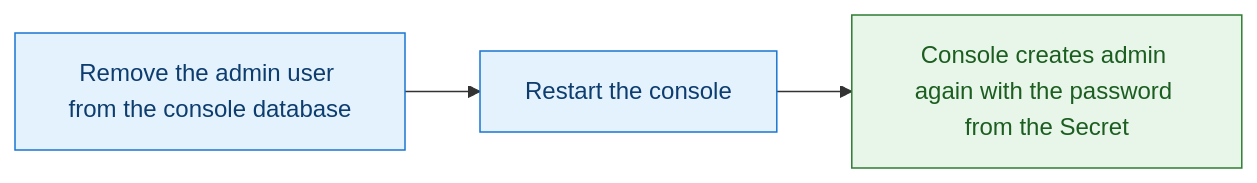
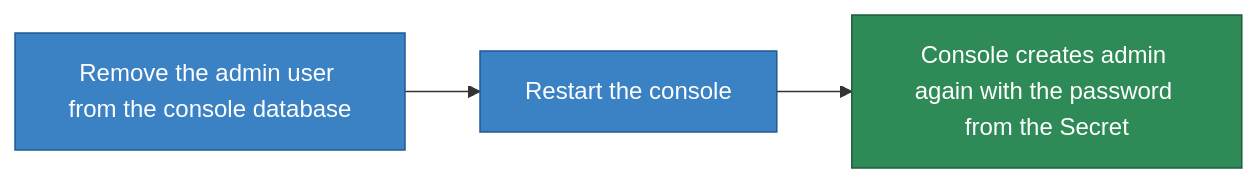
One commit to AdityaPanchall/keenpg-documentation changed the fourth of 12 diagrams in docs/console.md. Above: the diagram before and after it, drawn with Mermaid. The commit also changed other lines of this file and 1 other file, not shown here.

````diff
--- a/docs/console.md
+++ b/docs/console.md
@@ -287,10 +289,10 @@
     ```mermaid
     flowchart LR
         A["Remove the admin user from the console database"] --> B["Restart the console"]
         B --> C["Console creates admin again with the password from the Secret"]
 
-        classDef step fill:#e3f2fd,stroke:#1976d2,color:#0d3c6e
-        classDef ok fill:#e8f5e9,stroke:#2e7d32,color:#1b5e20
+        classDef step fill:#3b82c4,stroke:#1e5a94,color:#fff
+        classDef ok fill:#2e8b57,stroke:#1c5e3a,color:#fff
         class A,B step
         class C ok
     ```
````
